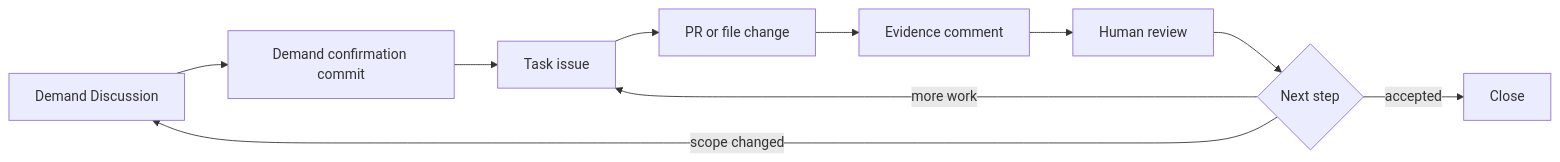
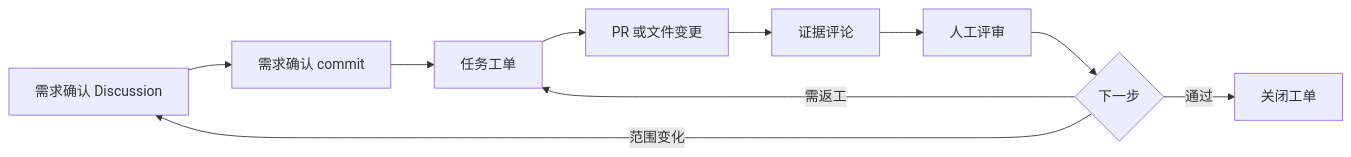
The diagram in project-starter/README.md (7Dt3V5TmzAtfur/github-harness-programming-analysis), drawn with Mermaid before and after one commit. The commit also changed other lines of this file and 37 other files, not shown here.

````diff
--- a/project-starter/README.md
+++ b/project-starter/README.md
@@ -104,12 +18,12 @@
 ```mermaid
 flowchart LR
-  A["Demand Discussion"] --> B["Demand confirmation commit"]
-  B --> C["Task issue"]
-  C --> D["PR or file change"]
-  D --> E["Evidence comment"]
-  E --> F["Human review"]
-  F --> G{"Next step"}
-  G -->|accepted| H["Close"]
-  G -->|more work| C
-  G -->|scope changed| A
+  A["需求确认 Discussion"] --> B["需求确认 commit"]
+  B --> C["任务工单"]
+  C --> D["PR 或文件变更"]
+  D --> E["证据评论"]
+  E --> F["人工评审"]
+  F --> G{"下一步"}
+  G -->|通过| H["关闭工单"]
+  G -->|需返工| C
+  G -->|范围变化| A
 ```
````
